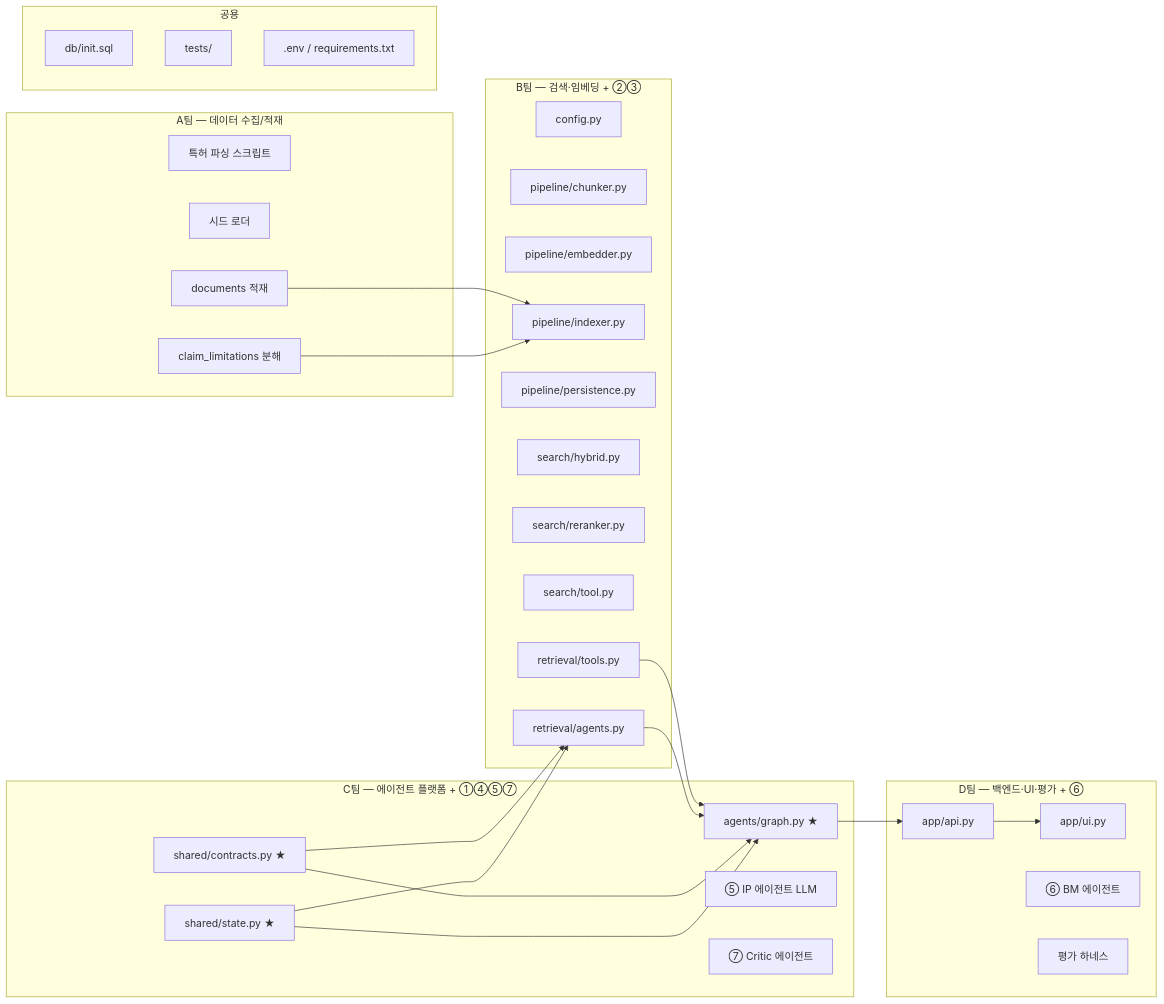
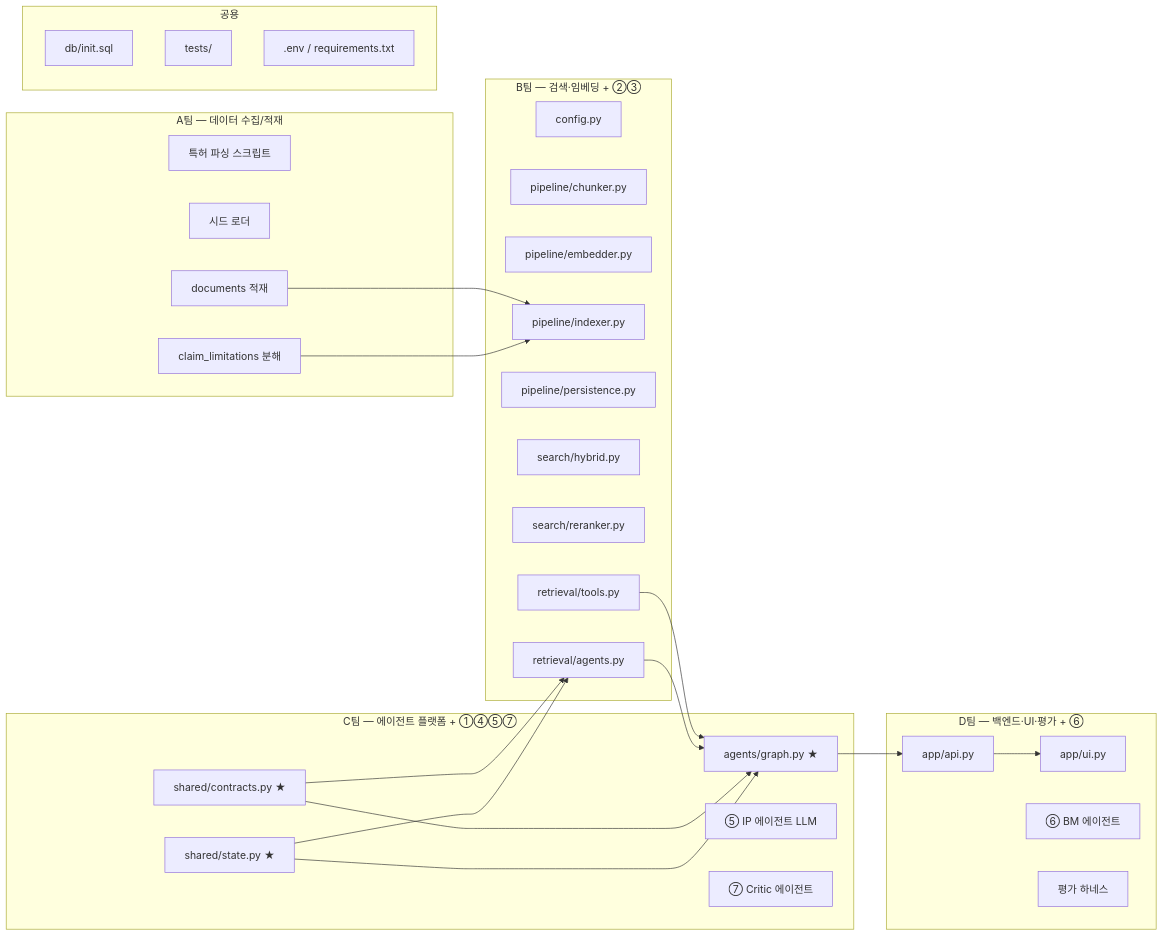
Before and after one commit to JunSeobGo/venturescout: the fifth of 5 diagrams in docs/venturescout_full_walkthrough.md, drawn with Mermaid. The commit also changed other lines of this file and 2 other files, not shown here.

First line of the commit message:
Track B: 검색 모듈 중복 정리 — retrieval/tools.py canonical, search/tool.py 제거

````diff
--- a/docs/venturescout_full_walkthrough.md
+++ b/docs/venturescout_full_walkthrough.md
@@ -760,50 +724,49 @@
 ```mermaid
 graph LR
     subgraph "A팀 — 데이터 수집/적재"
         A1[특허 파싱 스크립트]
         A2[시드 로더]
         A3[documents 적재]
         A4[claim_limitations 분해]
     end
 
     subgraph "B팀 — 검색·임베딩 + ②③"
         B1[config.py]
         B2[pipeline/chunker.py]
         B3[pipeline/embedder.py]
         B4[pipeline/indexer.py]
         B5[pipeline/persistence.py]
         B6[search/hybrid.py]
         B7[search/reranker.py]
-        B8[search/tool.py]
         B9[retrieval/tools.py]
         B10[retrieval/agents.py]
     end
 
     subgraph "C팀 — 에이전트 플랫폼 + ①④⑤⑦"
         C1[shared/contracts.py ★]
         C2[shared/state.py ★]
         C3[agents/graph.py ★]
         C4[⑤ IP 에이전트 LLM]
         C5[⑦ Critic 에이전트]
     end
 
     subgraph "D팀 — 백엔드·UI·평가 + ⑥"
         D1[app/api.py]
         D2[app/ui.py]
         D3[⑥ BM 에이전트]
         D4[평가 하네스]
     end
 
     subgraph "공용"
         S1[db/init.sql]
         S2[tests/]
         S3[.env / requirements.txt]
     end
 
     A3 & A4 --> B4
     B9 & B10 --> C3
     C1 & C2 --> B10
     C1 & C2 --> C3
     C3 --> D1
     D1 --> D2
 ```
````
